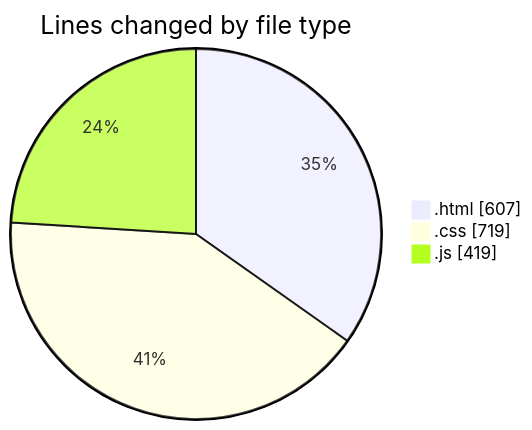
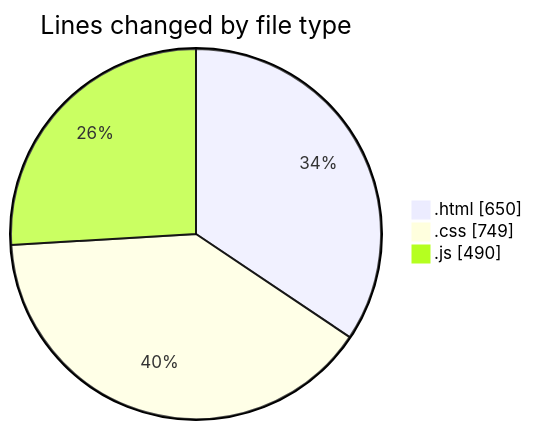
One commit to IJAZ3593/code-tracking changed the first of 2 diagrams in 2025-09-01/project_3/README.md. Above: the diagram before and after it, drawn with Mermaid. The commit also changed other lines of this file and 1 other file, not shown here.

````diff
--- a/2025-09-01/project_3/README.md
+++ b/2025-09-01/project_3/README.md
@@ -26,7 +26,7 @@
 ```mermaid
 pie showData
 title Lines changed by file type
-".html" : 607
-".css" : 719
-".js" : 419
+".html" : 650
+".css" : 749
+".js" : 490
 ```
````
